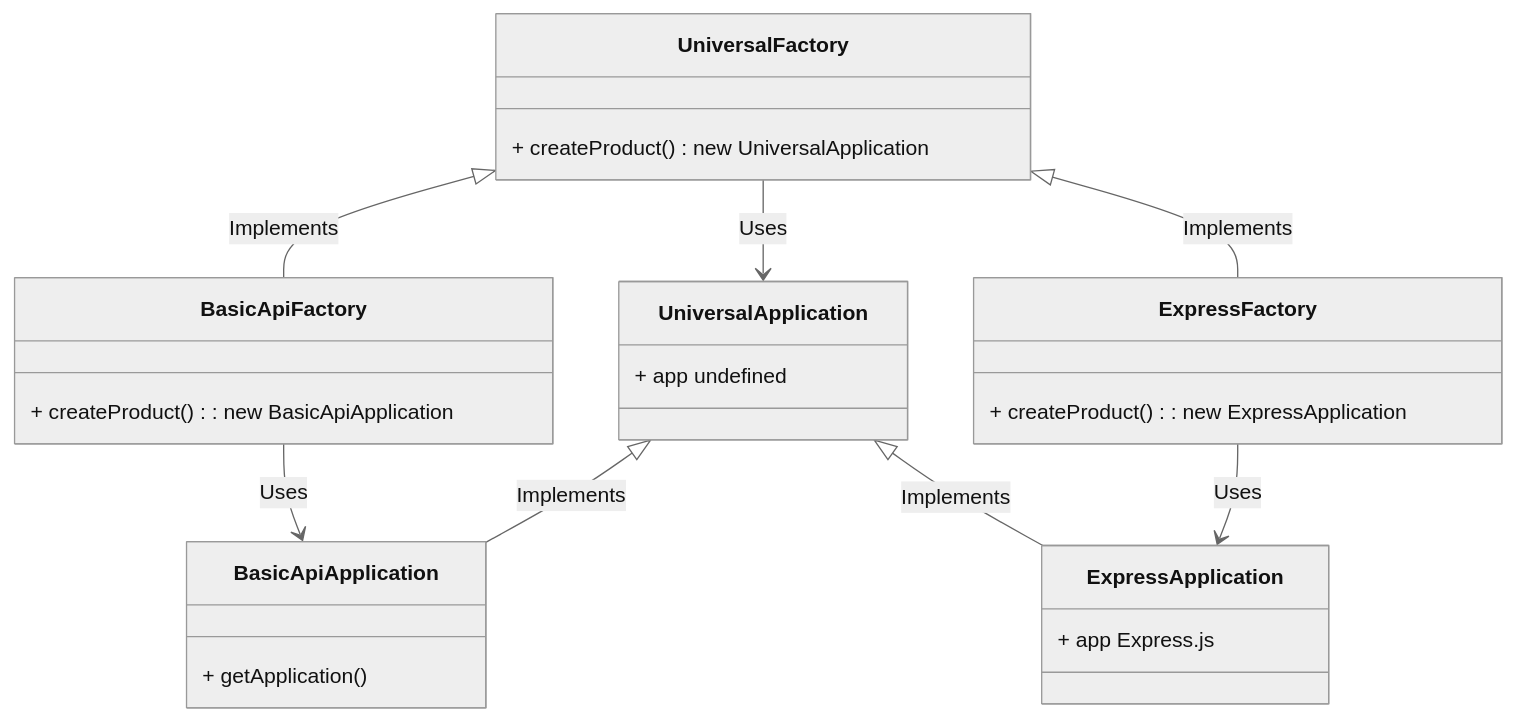
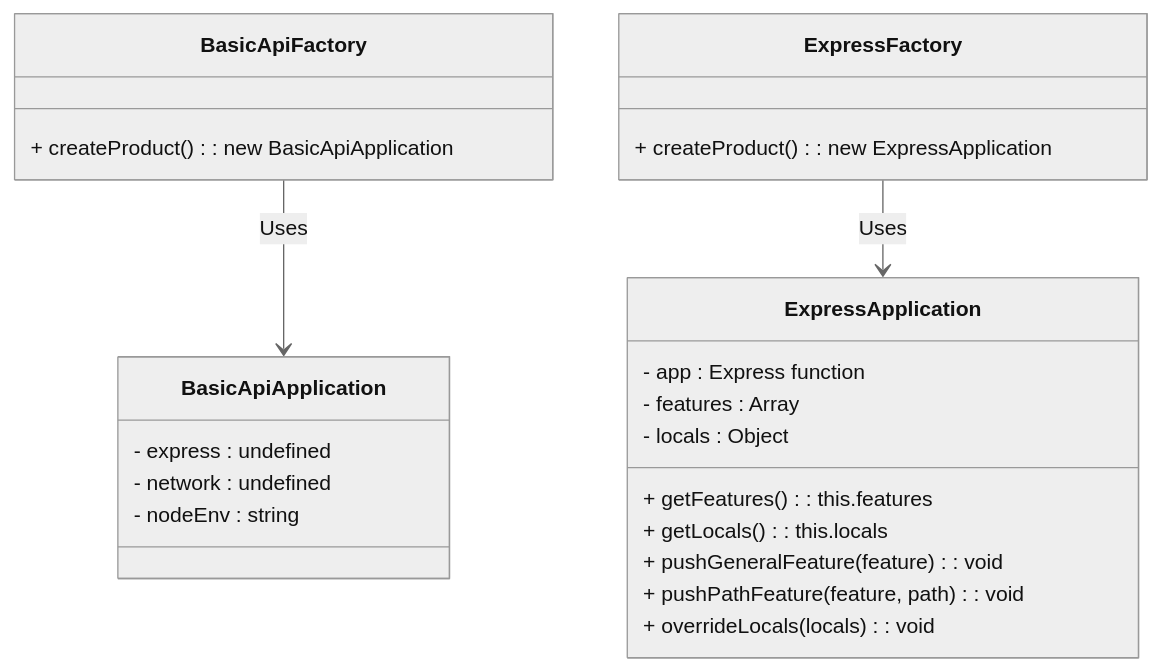
Before and after one commit to Cris-Mur/BasicAPI: the third of 3 diagrams in src/application/builder/README.md, drawn with Mermaid (neutral theme). The commit also changed other lines of this file and 2 other files, not shown here.

Commit message:
[Documentation]

````diff
--- a/src/application/builder/README.md
+++ b/src/application/builder/README.md
@@ -88,39 +76,31 @@
 ```mermaid
 classDiagram
 
-class UniversalApplication {
-    + app undefined
+class BasicApiFactory {
+    + createProduct(): new BasicApiApplication
 }
 
 class BasicApiApplication {
-    + getApplication()
+    - express : undefined
+    - network : undefined
+    - nodeEnv : string
 }
 
 class ExpressApplication {
-    + app Express.js
-}
-
-class UniversalFactory {
-    + createProduct() new UniversalApplication
-}
-
-class BasicApiFactory {
-    + createProduct(): new BasicApiApplication
+    - app : Express function
+    - features : Array
+    - locals : Object
+    + getFeatures() : this.features
+    + getLocals() : this.locals
+    + pushGeneralFeature(feature) : void
+    + pushPathFeature(feature, path) : void
+    + overrideLocals(locals) : void
 }
 
 class ExpressFactory {
     + createProduct(): new ExpressApplication
 }
 
-UniversalApplication <|-- BasicApiApplication : Implements
 BasicApiFactory --> BasicApiApplication : Uses
-
 ExpressFactory --> ExpressApplication : Uses
-UniversalApplication <|-- ExpressApplication : Implements
-UniversalFactory --> UniversalApplication : Uses
-
-
-UniversalFactory <|-- BasicApiFactory : Implements
-UniversalFactory <|-- ExpressFactory : Implements
-
 ```
````
